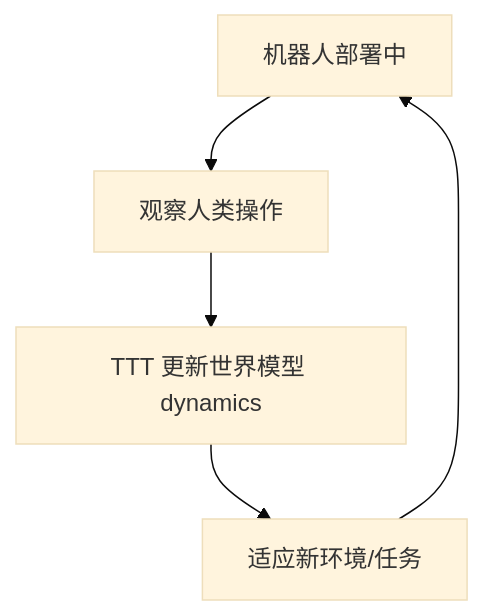
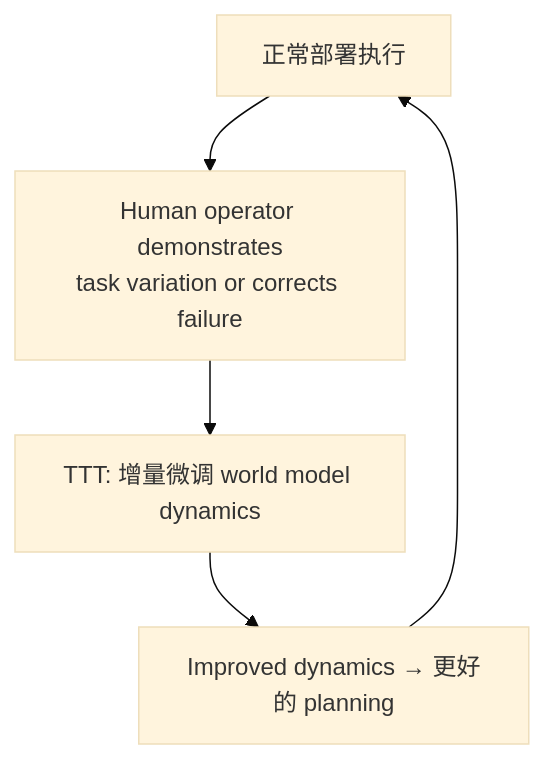
Before and after one commit to luohu-arch/physical_intelligence_study: the diagram in notes/memory/wam-ttt.md, drawn with Mermaid (base theme). The commit also changed other lines of this file and 3 other files, not shown here.

````diff
--- a/notes/memory/wam-ttt.md
+++ b/notes/memory/wam-ttt.md
@@ -21,7 +21,7 @@
 ```mermaid
 graph TD
-    DEPLOY["机器人部署中"] --> OBS["观察人类操作"]
-    OBS --> UPDATE["TTT 更新世界模型 dynamics"]
-    UPDATE --> ADAPT["适应新环境/任务"]
-    ADAPT --> DEPLOY
+    DEPLOY["正常部署执行"] --> OBS["Human operator demonstrates<br/>task variation or corrects failure"]
+    OBS --> UPDATE["TTT: 增量微调 world model dynamics"]
+    UPDATE --> IMPROVED["Improved dynamics → 更好的 planning"]
+    IMPROVED --> DEPLOY
 ```
````
